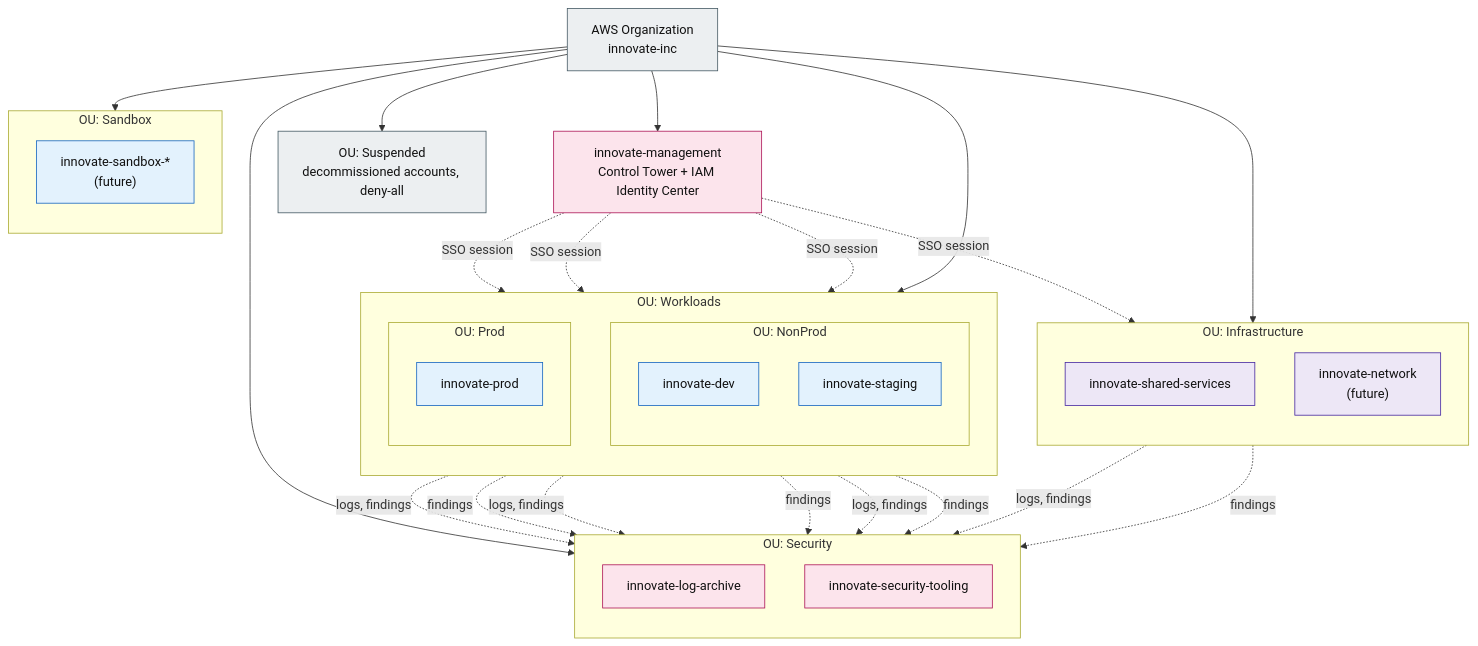
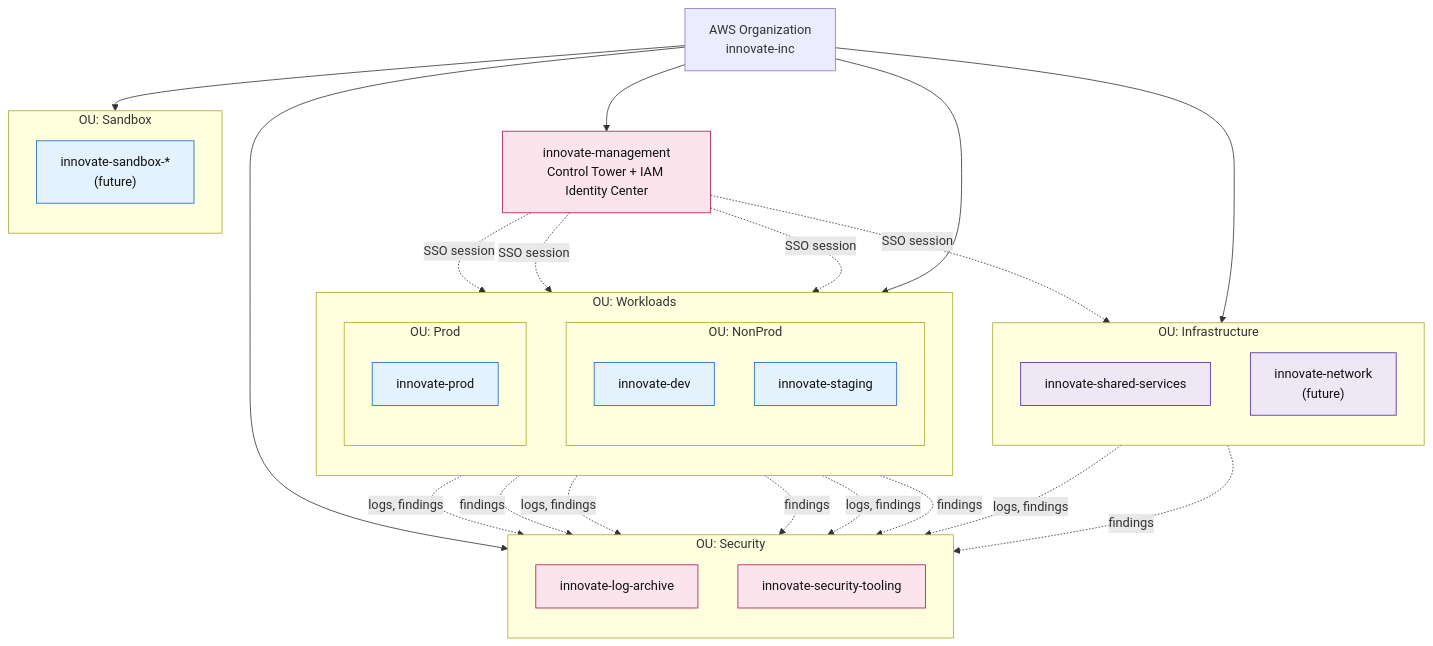
Before and after one commit to artinesrailian/dso-projects: the diagram in architecture/diagrams/02-account-topology.md, drawn with Mermaid. The commit also changed other lines of this file, not shown here.

Commit message:
architecture: drop Suspended OU from account topology diagram
Removes the empty Suspended OU node, its edge from root, and its legend
row from diagrams/02-account-topology.md — it holds no accounts on day
one and was cluttering the topology view.

````diff
--- a/architecture/diagrams/02-account-topology.md
+++ b/architecture/diagrams/02-account-topology.md
@@ -9,67 +9,63 @@
 ```mermaid
 flowchart TB
   root["AWS Organization<br/>innovate-inc"]
   mgmt["innovate-management<br/>Control Tower + IAM Identity Center"]
 
   subgraph sec_ou["OU: Security"]
     direction TB
     log["innovate-log-archive"]
     sectool["innovate-security-tooling"]
   end
 
   subgraph infra_ou["OU: Infrastructure"]
     direction TB
     shared["innovate-shared-services"]
     network["innovate-network<br/>(future)"]
   end
 
   subgraph workloads_ou["OU: Workloads"]
     direction TB
     subgraph nonprod_ou["OU: NonProd"]
       direction TB
       dev["innovate-dev"]
       staging["innovate-staging"]
     end
     subgraph prodou["OU: Prod"]
       direction TB
       prod["innovate-prod"]
     end
   end
 
   subgraph sandbox_ou["OU: Sandbox"]
     direction TB
     sandbox["innovate-sandbox-*<br/>(future)"]
   end
 
-  suspended["OU: Suspended<br/>decommissioned accounts, deny-all"]
-
   root --> mgmt
   root --> sec_ou
   root --> infra_ou
   root --> workloads_ou
   root --> sandbox_ou
-  root --> suspended
 
   mgmt -.->|"SSO session"| dev
   mgmt -.->|"SSO session"| staging
   mgmt -.->|"SSO session"| prod
   mgmt -.->|"SSO session"| shared
 
   dev -.->|"logs, findings"| log
   dev -.->|"findings"| sectool
   staging -.->|"logs, findings"| log
   staging -.->|"findings"| sectool
   prod -.->|"logs, findings"| log
   prod -.->|"findings"| sectool
   shared -.->|"logs, findings"| log
   shared -.->|"findings"| sectool
 
   classDef security fill:#FCE4EC,stroke:#AD1457,stroke-width:1px,color:#111
   classDef ops fill:#EDE7F6,stroke:#4527A0,stroke-width:1px,color:#111
   classDef compute fill:#E3F2FD,stroke:#1565C0,stroke-width:1px,color:#111
   classDef external fill:#ECEFF1,stroke:#455A64,stroke-width:1px,color:#111
-  class root,suspended external
   class mgmt,log,sectool security
   class shared,network ops
   class dev,staging,prod,sandbox compute
 ```
````
